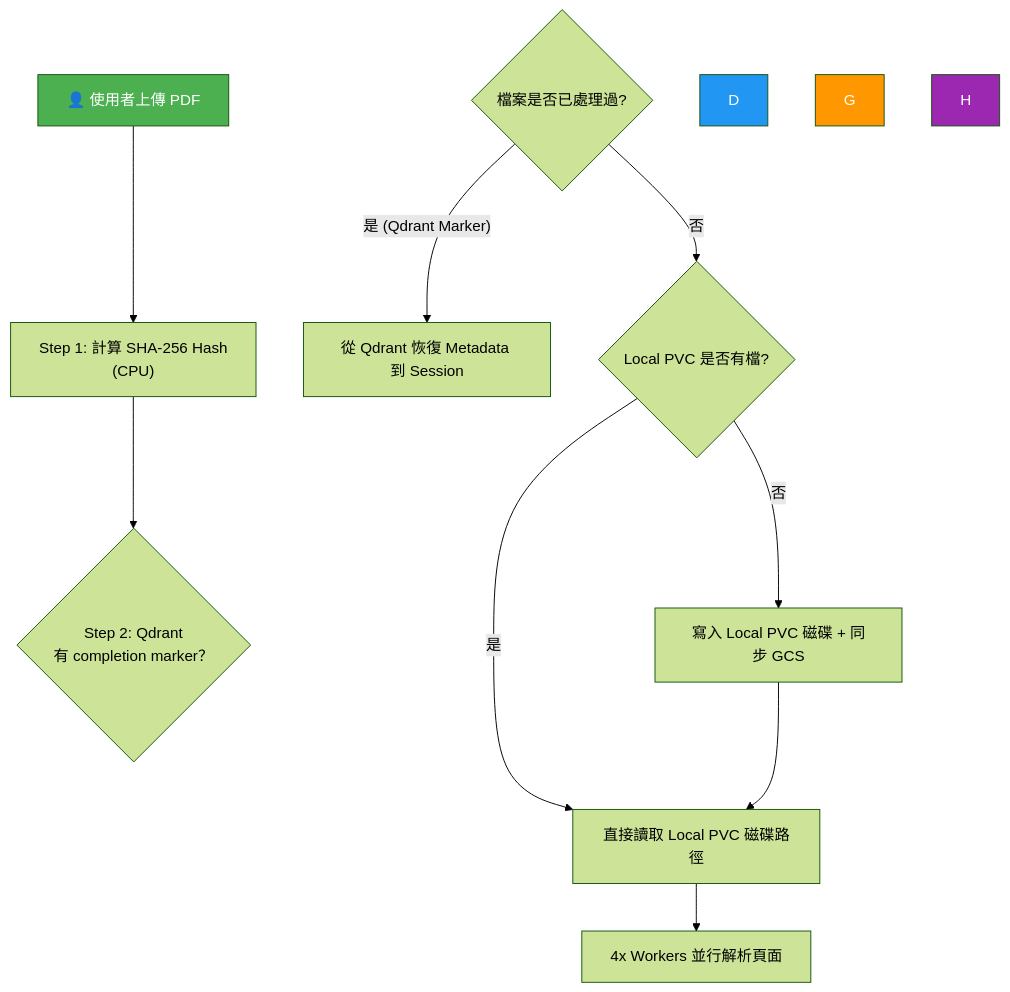
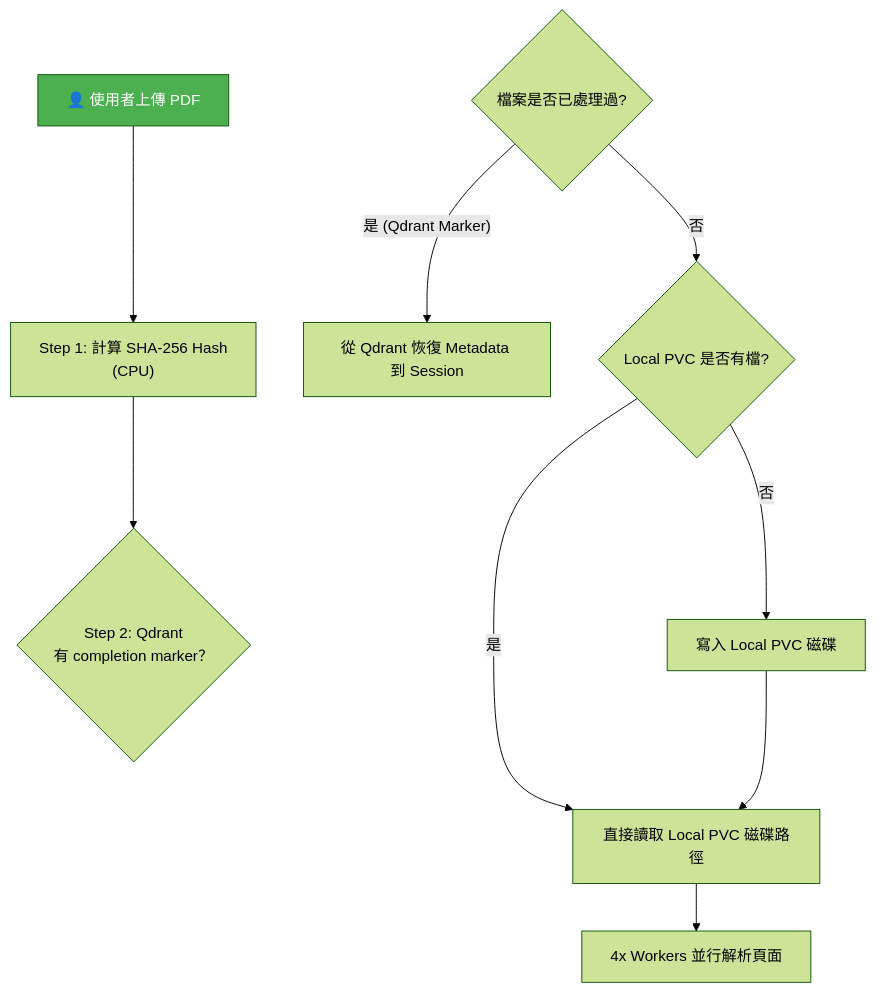
The second of 6 diagrams in docs/pdf_pipeline_flowchart.md (spike688023/pdf_parser_agent), drawn with Mermaid (forest theme) before and after one commit. The commit also changed other lines of this file and 2 other files, not shown here.

Commit message:
refactor: remove GCS dependency and update documentation to reflect local PVC storage

````diff
--- a/docs/pdf_pipeline_flowchart.md
+++ b/docs/pdf_pipeline_flowchart.md
@@ -63,19 +48,16 @@
 ```mermaid
 flowchart TD
     A[👤 使用者上傳 PDF] --> B["Step 1: 計算 SHA-256 Hash<br/>(CPU)"]
     B --> C{"Step 2: Qdrant<br/>有 completion marker？"}
     CheckExists{檔案是否已處理過?}
     CheckExists -- 是 (Qdrant Marker) --> Found[從 Qdrant 恢復 Metadata 到 Session]
     CheckExists -- 否 --> CheckLocal{Local PVC 是否有檔?}
     
-    CheckLocal -- 否 --> SaveLocal[寫入 Local PVC 磁碟 + 同步 GCS]
+    CheckLocal -- 否 --> SaveLocal[寫入 Local PVC 磁碟]
     CheckLocal -- 是 --> Process[直接讀取 Local PVC 磁碟路徑]
     
     SaveLocal --> Process
     
     Process --> ParallelParse[4x Workers 並行解析頁面]
     style A fill:#4CAF50,color:#fff
-    style D fill:#2196F3,color:#fff
-    style G fill:#FF9800,color:#fff
-    style H fill:#9C27B0,color:#fff
 ```
````
